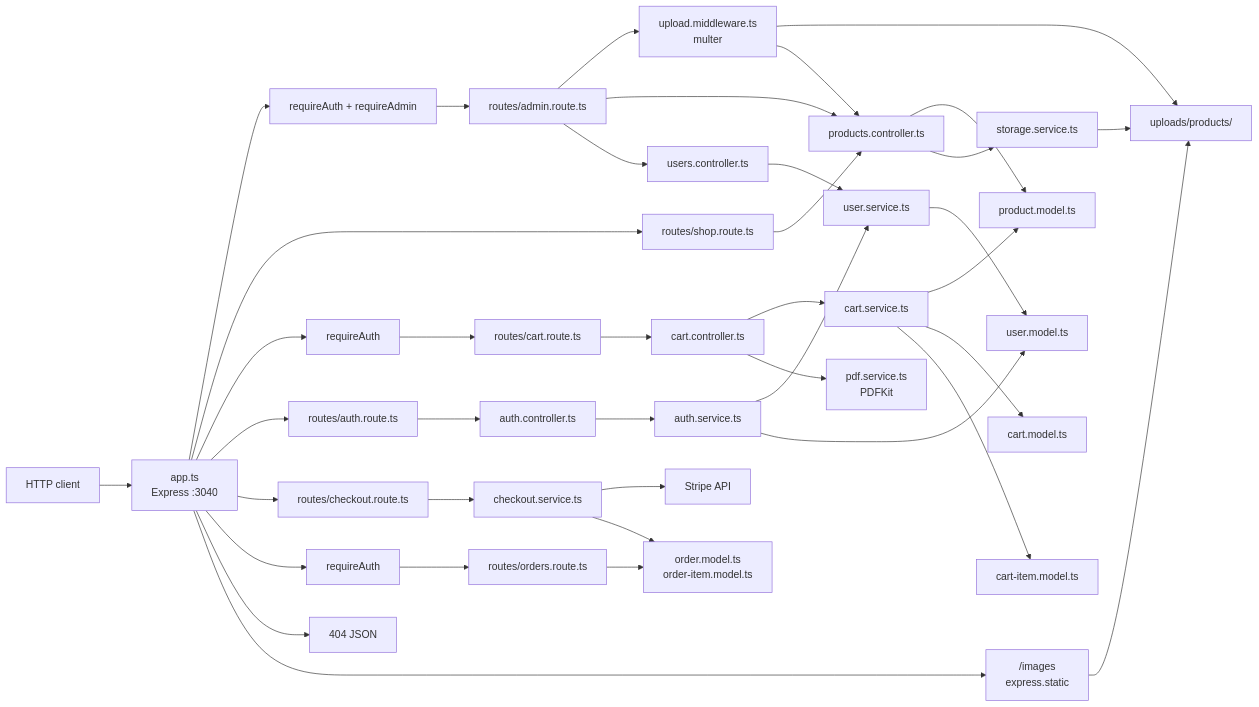
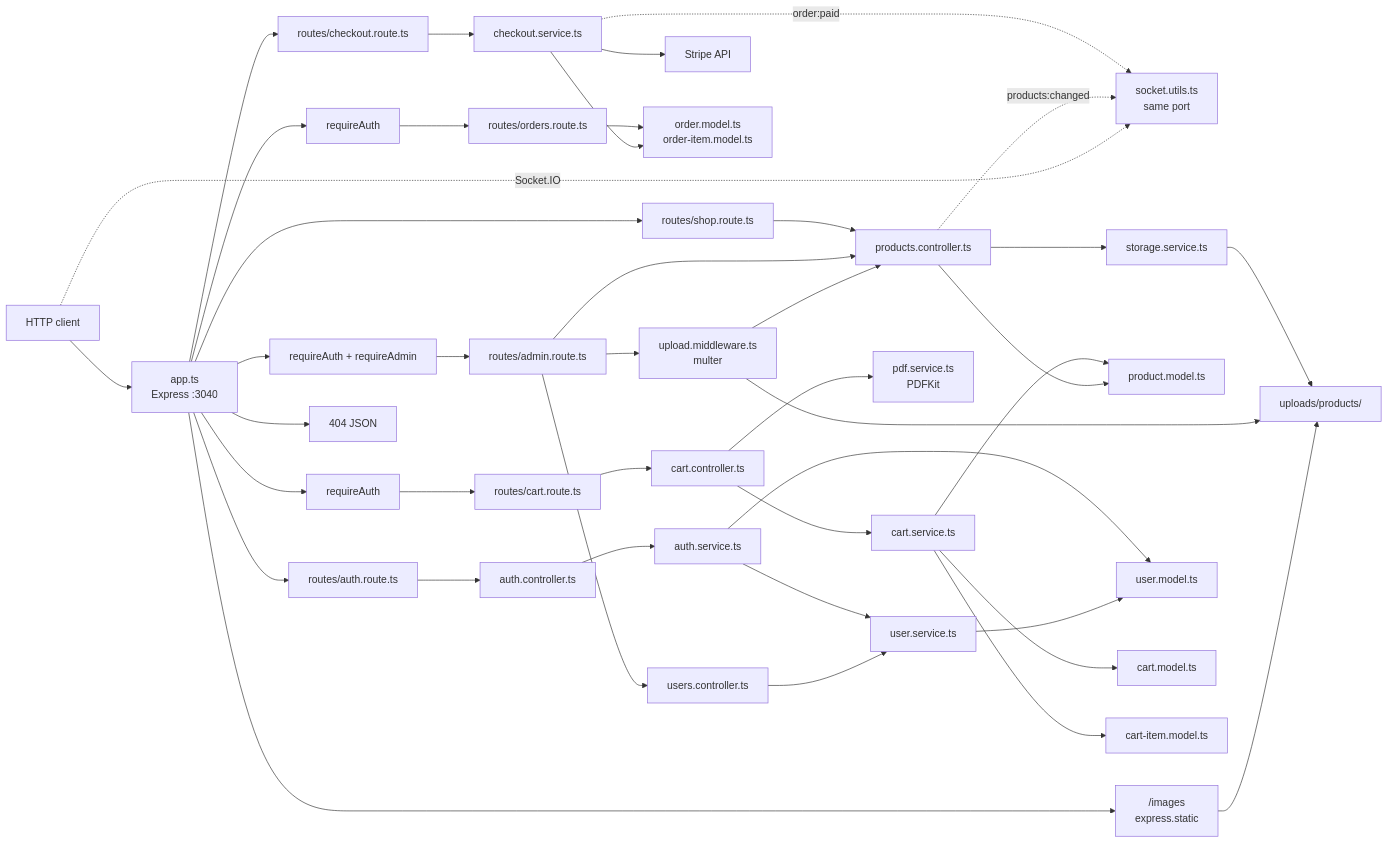
The diagram in README.md (engmagdy87/backend-concepts), drawn with Mermaid before and after one commit. The commit also changed other lines of this file and 11 other files, not shown here.

First line of the commit message:
Add real-time product and order events with Socket.IO

````diff
--- a/README.md
+++ b/README.md
@@ -278,41 +299,44 @@
 ```mermaid
 flowchart LR
   Client["HTTP client"] --> App["app.ts\nExpress :3040"]
   App --> Guard["requireAuth + requireAdmin"]
   Guard --> Admin["routes/admin.route.ts"]
   App --> Shop["routes/shop.route.ts"]
   App --> CartGuard["requireAuth"]
   CartGuard --> CartRt["routes/cart.route.ts"]
   App --> AuthRt["routes/auth.route.ts"]
   App --> CheckoutRt["routes/checkout.route.ts"]
   App --> OrdersGuard["requireAuth"]
   OrdersGuard --> OrdersRt["routes/orders.route.ts"]
   CheckoutRt --> CheckoutSvc["checkout.service.ts"]
   CheckoutSvc --> Stripe["Stripe API"]
   CheckoutSvc --> OrderModel["order.model.ts\norder-item.model.ts"]
   OrdersRt --> OrderModel
   App --> NotFound["404 JSON"]
+  Client -. "Socket.IO" .-> Socket["socket.utils.ts\nsame port"]
+  ProdCtrl -. "products:changed" .-> Socket
+  CheckoutSvc -. "order:paid" .-> Socket
   App --> Images["/images\nexpress.static"]
   Images --> UploadsDir["uploads/products/"]
   Admin --> Upload["upload.middleware.ts\nmulter"]
   Upload --> UploadsDir
   Upload --> ProdCtrl
   Admin --> ProdCtrl["products.controller.ts"]
   Admin --> UsersCtrl["users.controller.ts"]
   Shop --> ProdCtrl
   CartRt --> CartCtrl["cart.controller.ts"]
   AuthRt --> AuthCtrl["auth.controller.ts"]
   ProdCtrl --> ProdModel["product.model.ts"]
   ProdCtrl --> Storage["storage.service.ts"]
   Storage --> UploadsDir
   UsersCtrl --> UserSvc["user.service.ts"]
   AuthCtrl --> AuthSvc["auth.service.ts"]
   AuthSvc --> UserSvc
   UserSvc --> UserModel["user.model.ts"]
   AuthSvc --> UserModel
   CartCtrl --> CartSvc["cart.service.ts"]
   CartSvc --> ProdModel
   CartSvc --> CartModel["cart.model.ts"]
   CartSvc --> CartItemModel["cart-item.model.ts"]
   CartCtrl --> Pdf["pdf.service.ts\nPDFKit"]
 ```
````
